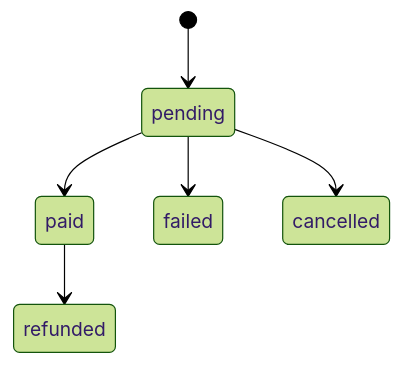
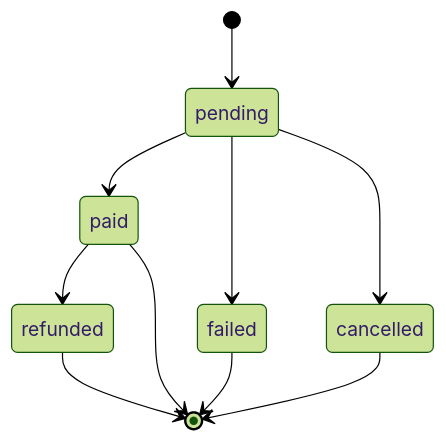
One commit to alexeorg97-byte/system-analyst-portfolio changed the seventh of 12 diagrams in migrationos/04_data-model/status-models.md. Above: the diagram before and after it, drawn with Mermaid (forest theme). The commit also changed other lines of this file, not shown here.

````diff
--- a/migrationos/04_data-model/status-models.md
+++ b/migrationos/04_data-model/status-models.md
@@ -422,8 +431,12 @@
 ```mermaid
 stateDiagram-v2
     [*] --> pending
     pending --> paid
     pending --> failed
     pending --> cancelled
     paid --> refunded
+    paid --> [*]
+    failed --> [*]
+    cancelled --> [*]
+    refunded --> [*]
 ```
````
